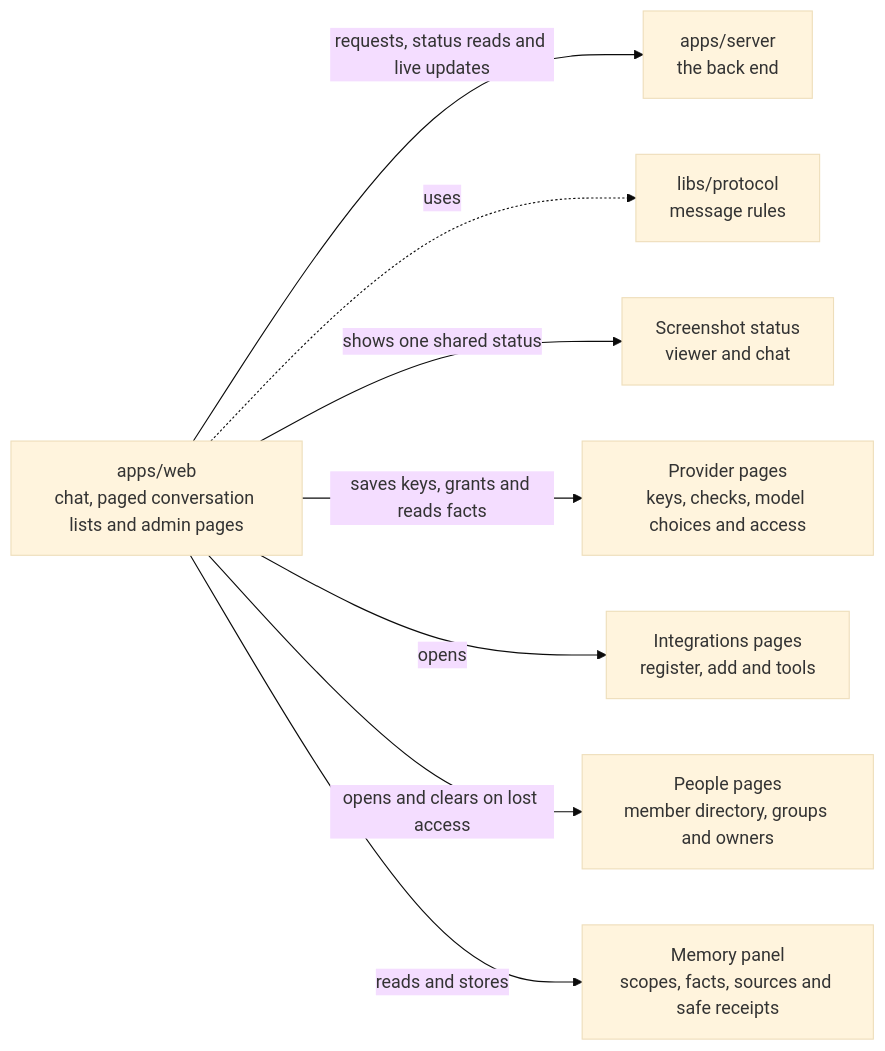
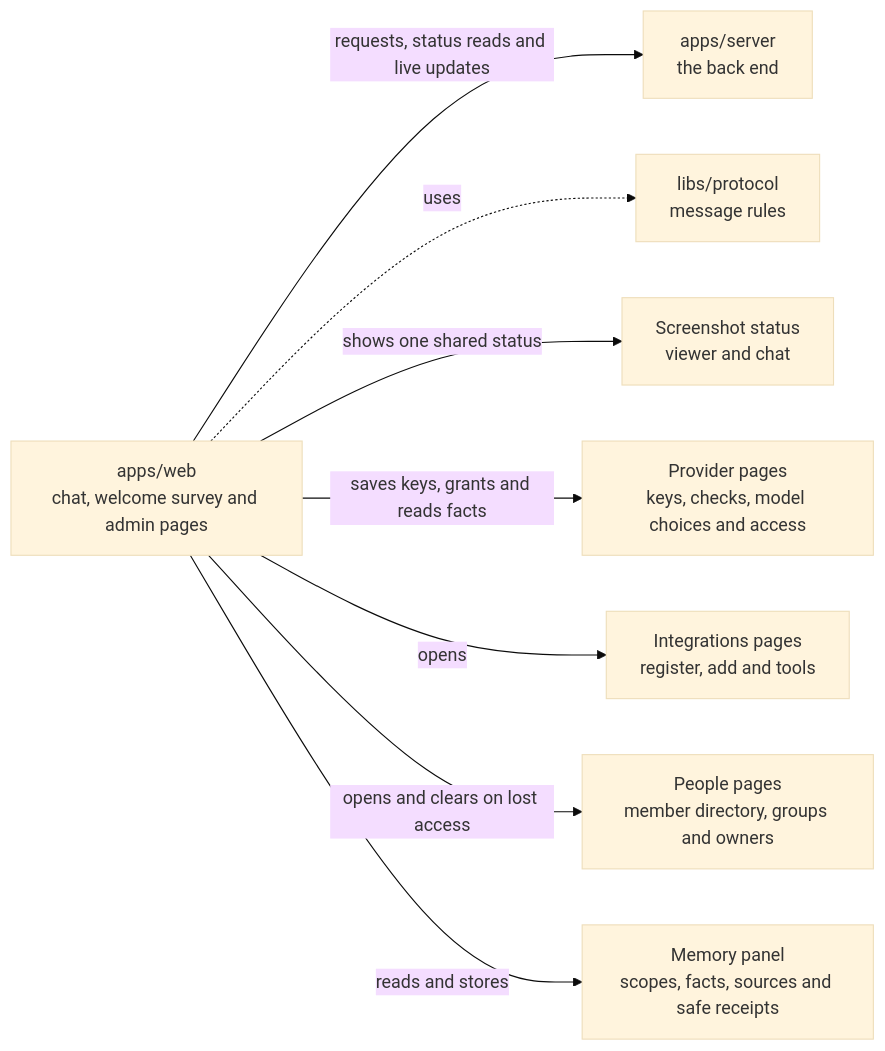
The diagram in apps/web/README.md (elewa-git/opencrane-new), drawn with Mermaid (base theme) before and after one commit. The commit also changed other lines of this file and 33 other files, not shown here.

Commit message:
🧭 Add the first welcome survey step

````diff
--- a/apps/web/README.md
+++ b/apps/web/README.md
@@ -11,10 +11,10 @@
 ```mermaid
 flowchart LR
-  web["apps/web<br/>chat, paged conversation lists and admin pages"] -->|requests, status reads and live updates| server["apps/server<br/>the back end"]
+  web["apps/web<br/>chat, welcome survey and admin pages"] -->|requests, status reads and live updates| server["apps/server<br/>the back end"]
   web -.->|uses| protocol["libs/protocol<br/>message rules"]
   web -->|shows one shared status| capture["Screenshot status<br/>viewer and chat"]
   web -->|saves keys, grants and reads facts| providers["Provider pages<br/>keys, checks, model choices and access"]
   web -->|opens| integrations["Integrations pages<br/>register, add and tools"]
   web -->|opens and clears on lost access| people["People pages<br/>member directory, groups and owners"]
   web -->|reads and stores| memory["Memory panel<br/>scopes, facts, sources and safe receipts"]
 ```
````
